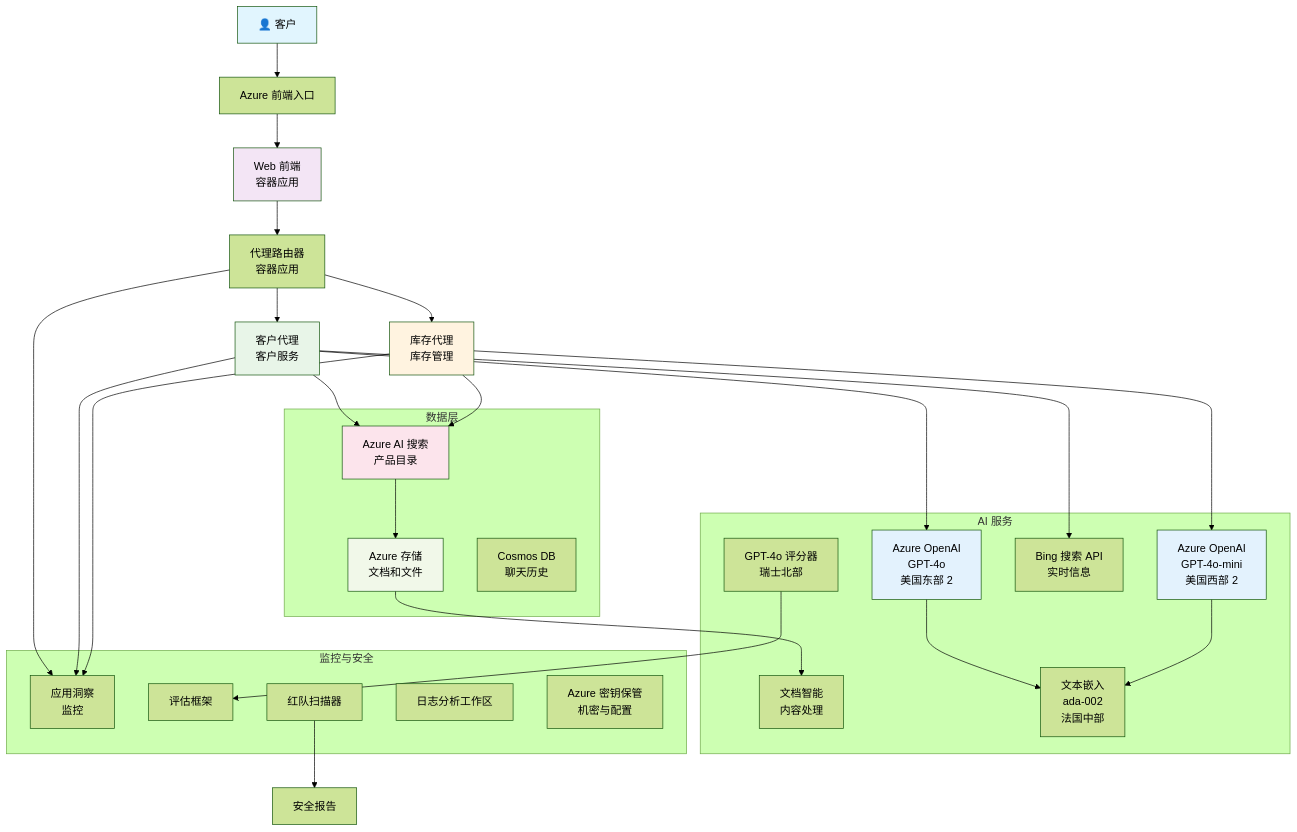
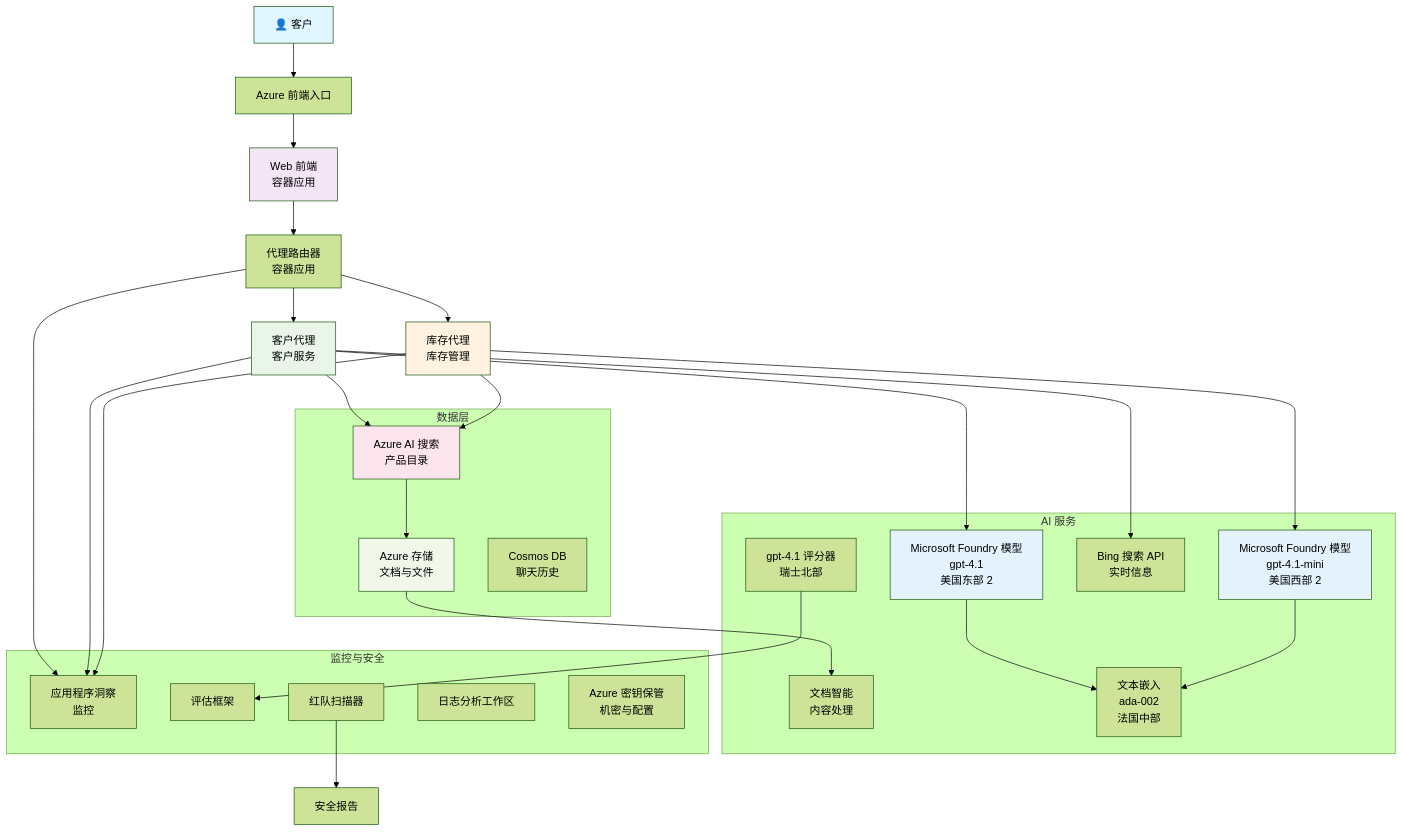
The diagram in translations/zh-CN/examples/retail-scenario.md (microsoft/AZD-for-beginners), drawn with Mermaid (forest theme) before and after one commit. The commit also changed other lines of this file and 101 other files, not shown here.

````diff
--- a/translations/zh-CN/examples/retail-scenario.md
+++ b/translations/zh-CN/examples/retail-scenario.md
@@ -139,61 +139,61 @@
 ```mermaid
 graph TB
     User[👤 客户] --> LB[Azure 前端入口]
     LB --> WebApp[Web 前端<br/>容器应用]
     
     WebApp --> Router[代理路由器<br/>容器应用]
     Router --> CustomerAgent[客户代理<br/>客户服务]
     Router --> InvAgent[库存代理<br/>库存管理]
     
-    CustomerAgent --> OpenAI1[Azure OpenAI<br/>GPT-4o<br/>美国东部 2]
-    InvAgent --> OpenAI2[Azure OpenAI<br/>GPT-4o-mini<br/>美国西部 2]
+    CustomerAgent --> OpenAI1[Microsoft Foundry 模型<br/>gpt-4.1<br/>美国东部 2]
+    InvAgent --> OpenAI2[Microsoft Foundry 模型<br/>gpt-4.1-mini<br/>美国西部 2]
     
     CustomerAgent --> AISearch[Azure AI 搜索<br/>产品目录]
     CustomerAgent --> BingSearch[Bing 搜索 API<br/>实时信息]
     InvAgent --> AISearch
     
-    AISearch --> Storage[Azure 存储<br/>文档和文件]
+    AISearch --> Storage[Azure 存储<br/>文档与文件]
     Storage --> DocIntel[文档智能<br/>内容处理]
     
     OpenAI1 --> Embeddings[文本嵌入<br/>ada-002<br/>法国中部]
     OpenAI2 --> Embeddings
     
-    Router --> AppInsights[应用洞察<br/>监控]
+    Router --> AppInsights[应用程序洞察<br/>监控]
     CustomerAgent --> AppInsights
     InvAgent --> AppInsights
     
-    GraderModel[GPT-4o 评分器<br/>瑞士北部] --> Evaluation[评估框架]
+    GraderModel[gpt-4.1 评分器<br/>瑞士北部] --> Evaluation[评估框架]
     RedTeam[红队扫描器] --> SecurityReports[安全报告]
     
     subgraph "数据层"
         Storage
         AISearch
         CosmosDB[Cosmos DB<br/>聊天历史]
     end
     
     subgraph "AI 服务"
         OpenAI1
         OpenAI2
         Embeddings
         GraderModel
         DocIntel
         BingSearch
     end
     
     subgraph "监控与安全"
         AppInsights
         LogAnalytics[日志分析工作区]
         KeyVault[Azure 密钥保管<br/>机密与配置]
         RedTeam
         Evaluation
     end
     
     style User fill:#e1f5fe
     style WebApp fill:#f3e5f5
     style CustomerAgent fill:#e8f5e8
     style InvAgent fill:#fff3e0
     style OpenAI1 fill:#e3f2fd
     style OpenAI2 fill:#e3f2fd
     style AISearch fill:#fce4ec
     style Storage fill:#f1f8e9
 ```
````
